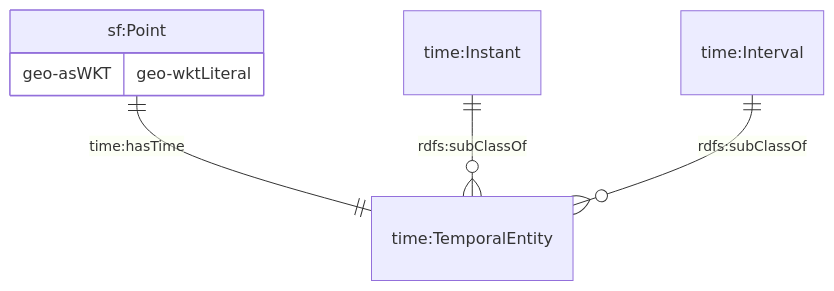
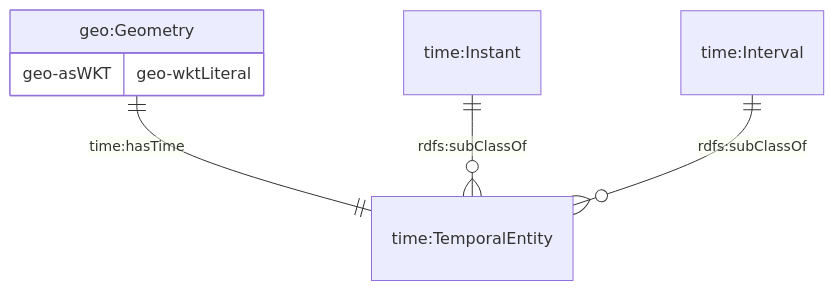
The eighth of 11 diagrams in JPS_Ontology/ontology/ontowastemanagement/README.md (cambridge-cares/TheWorldAvatar), drawn with Mermaid before and after one commit. The commit also changed other lines of this file and 2 other files, not shown here.

````diff
--- a/JPS_Ontology/ontology/ontowastemanagement/README.md
+++ b/JPS_Ontology/ontology/ontowastemanagement/README.md
@@ -359,7 +386,7 @@
 ```mermaid
     erDiagram
-    "sf:Point" {geo-asWKT geo-wktLiteral}
-    "sf:Point" ||--|| "time:TemporalEntity" : "time:hasTime"
+    "geo:Geometry" {geo-asWKT geo-wktLiteral}
+    "geo:Geometry" ||--|| "time:TemporalEntity" : "time:hasTime"
     "time:Instant" ||--o{ "time:TemporalEntity" : "rdfs:subClassOf"
     "time:Interval" ||--o{ "time:TemporalEntity" : "rdfs:subClassOf"
 ```
````
